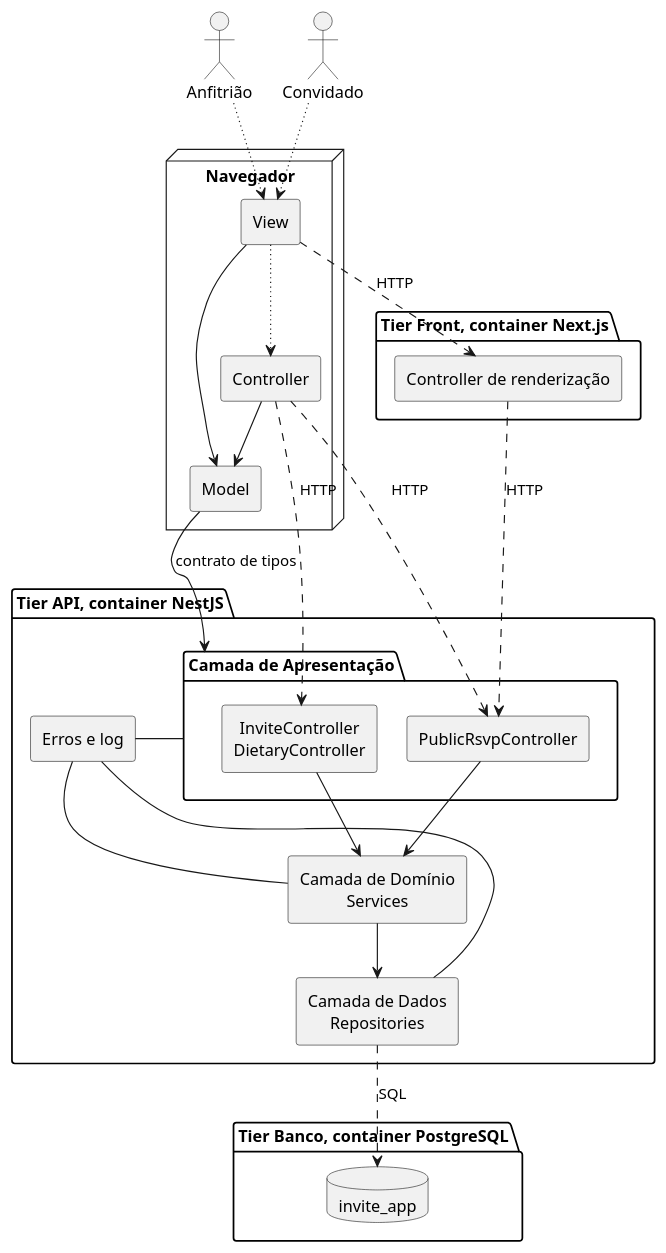
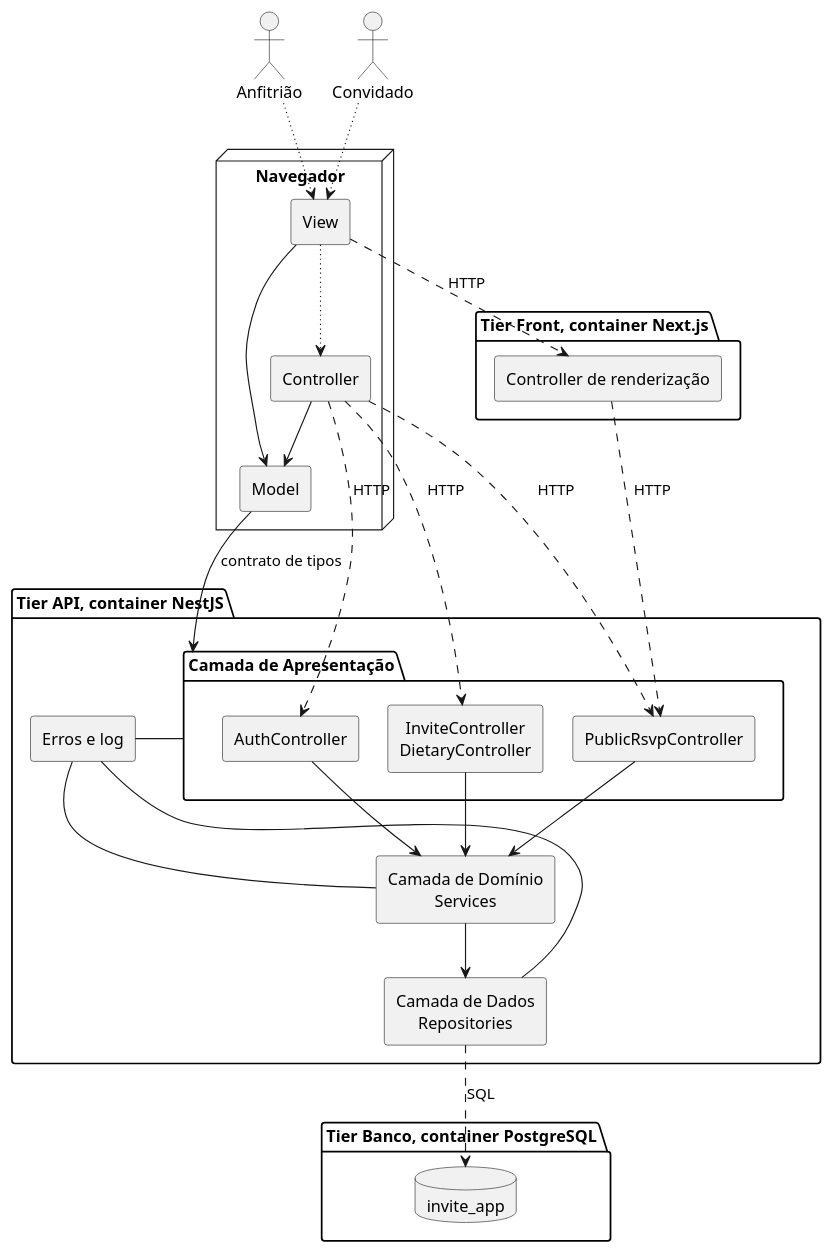
One commit to tcpassos/invite-app changed the diagram in docs/.attachments/diagrama-de-camadas.puml. Above: the diagram before and after it, drawn with PlantUML. The commit also changed 6 other files, not shown here.

First line of the commit message:
docs: diagramas da Sprint 2 revisados contra o código

```diff
--- a/docs/.attachments/diagrama-de-camadas.puml
+++ b/docs/.attachments/diagrama-de-camadas.puml
@@ -1,66 +1,69 @@
 @startuml diagrama-de-camadas
 ' Fonte do Diagrama de Camadas do Guia da Arquitetura.
 ' Gera o PNG sem instalar nada além do Docker, a partir da pasta onde este arquivo está:
 '   docker run --rm -v "<caminho>:/data" plantuml/plantuml -tpng /data/diagrama-de-camadas.puml
 ' No Windows, <caminho> é o caminho absoluto da pasta, por exemplo D:\invite-app\docs\.attachments
 ' As três camadas lógicas vêm do ADR-0001 e os três tiers do ADR-0002.
 ' O diagrama traz rótulo, não explicação. A leitura fica na seção 2 do Guia da Arquitetura.
 
 skinparam shadowing false
 skinparam monochrome true
 skinparam componentStyle rectangle
 skinparam defaultTextAlignment center
 skinparam nodesep 25
 skinparam ranksep 45
 
 actor "Anfitrião" as HOST
 actor "Convidado" as GUEST
 
 node "Navegador" as BROWSER {
   component "View" as VIEW
   component "Controller" as CTRLW
   component "Model" as MODEL
 }
 
 package "Tier Front, container Next.js" {
   component "Controller de renderização" as SSR
 }
 
 package "Tier API, container NestJS" {
   package "Camada de Apresentação" as PRESL {
     component "PublicRsvpController" as PUB
     component "InviteController\nDietaryController" as AUT
+    component "AuthController" as AUTH
   }
   component "Camada de Domínio\nServices" as DOM
   component "Camada de Dados\nRepositories" as DATA
   component "Erros e log" as CROSS
 }
 
 package "Tier Banco, container PostgreSQL" {
   database "invite_app" as DB
 }
 
 HOST -[dotted]-> VIEW
 GUEST -[dotted]-> VIEW
 
 VIEW -[dotted]-> CTRLW
 VIEW --> MODEL
 CTRLW --> MODEL
 
 VIEW -[dashed]-> SSR : HTTP
 SSR -[dashed]-> PUB : HTTP
 CTRLW -[dashed]-> PUB : HTTP
 CTRLW -[dashed]-> AUT : HTTP
+CTRLW -[dashed]-> AUTH : HTTP
 
 MODEL --> PRESL : contrato de tipos
 
 PUB --> DOM
 AUT --> DOM
+AUTH --> DOM
 DOM --> DATA
 DATA -[dashed]-> DB : SQL
 
 PRESL -[norank]- CROSS
 DOM -[norank]- CROSS
 DATA -[norank]- CROSS
 
 @enduml
```
